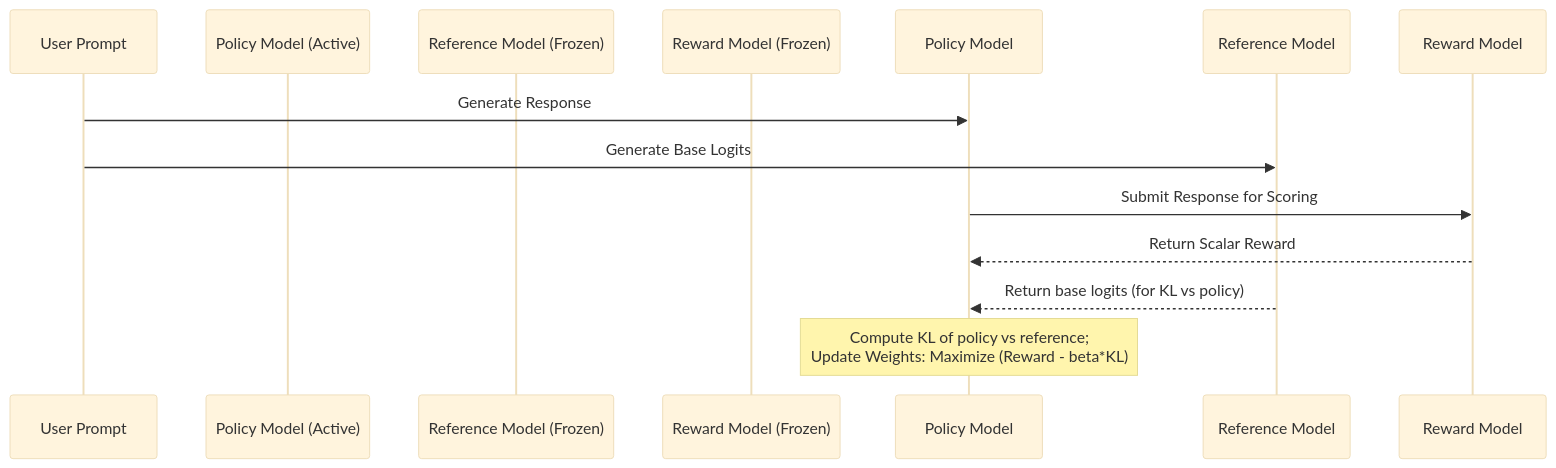
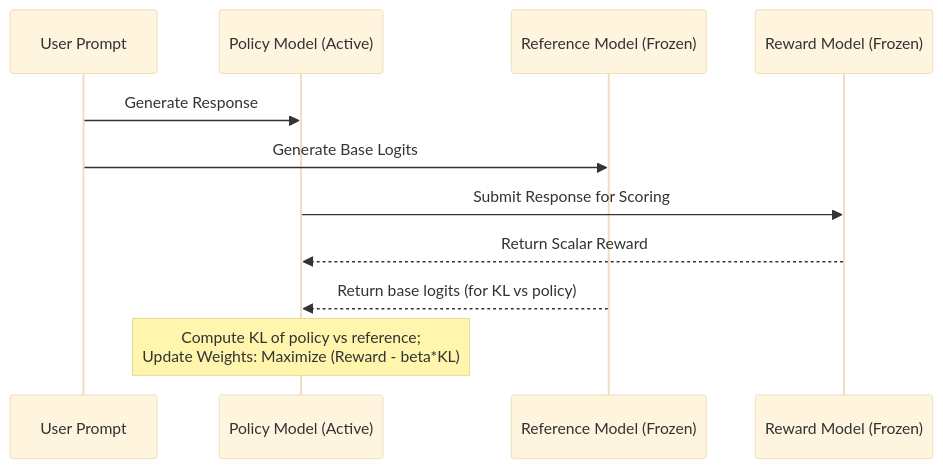
One commit to kube-dojo/kube-dojo.github.io changed the second of 2 diagrams in src/content/docs/ai-ml-engineering/advanced-genai/module-1.4-rlhf-alignment.md. Above: the diagram before and after it, drawn with Mermaid (base theme).

Commit message:
fix(content): connect RLHF sequence participants #3436

````diff
--- a/src/content/docs/ai-ml-engineering/advanced-genai/module-1.4-rlhf-alignment.md
+++ b/src/content/docs/ai-ml-engineering/advanced-genai/module-1.4-rlhf-alignment.md
@@ -318,14 +318,14 @@
 ```mermaid
 sequenceDiagram
     participant User Prompt
-    participant Policy Model (Active)
-    participant Reference Model (Frozen)
-    participant Reward Model (Frozen)
+    participant PM as Policy Model (Active)
+    participant Ref as Reference Model (Frozen)
+    participant RM as Reward Model (Frozen)
 
-    User Prompt->>Policy Model: Generate Response
-    User Prompt->>Reference Model: Generate Base Logits
-    Policy Model->>Reward Model: Submit Response for Scoring
-    Reward Model-->>Policy Model: Return Scalar Reward
-    Reference Model-->>Policy Model: Return base logits (for KL vs policy)
-    Note over Policy Model: Compute KL of policy vs reference#59;<br/>Update Weights: Maximize (Reward - beta*KL)
+    User Prompt->>PM: Generate Response
+    User Prompt->>Ref: Generate Base Logits
+    PM->>RM: Submit Response for Scoring
+    RM-->>PM: Return Scalar Reward
+    Ref-->>PM: Return base logits (for KL vs policy)
+    Note over PM: Compute KL of policy vs reference#59;<br/>Update Weights: Maximize (Reward - beta*KL)
 ```
````
